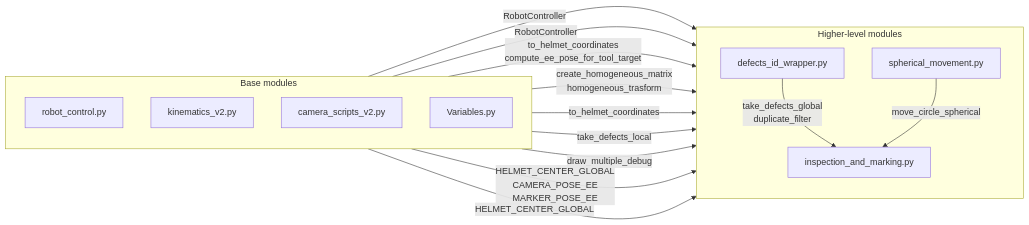
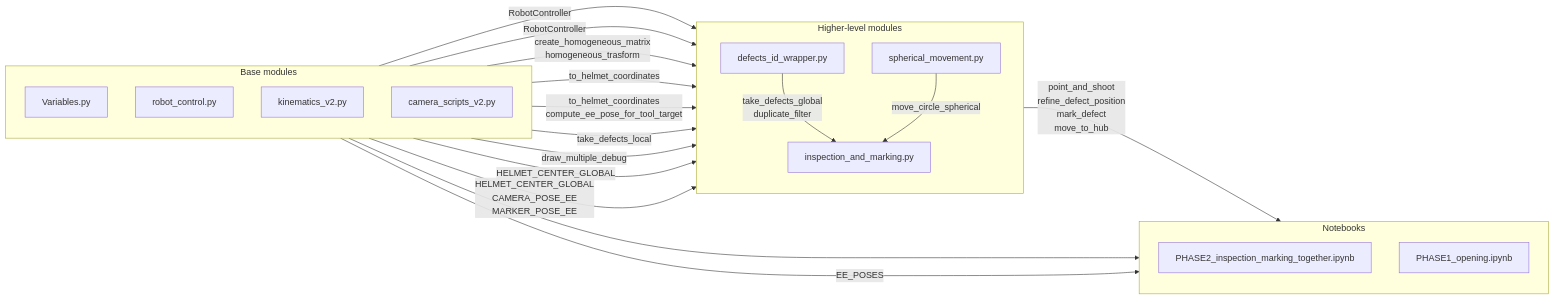
One commit to cosidelu/Project-Industrial changed the diagram in README.md. Above: the diagram before and after it, drawn with Mermaid. The commit also changed other lines of this file and 2 other files, not shown here.

````diff
--- a/README.md
+++ b/README.md
@@ -27,39 +27,54 @@
 ```mermaid
 graph LR
   %% Base modules (left)
   subgraph Base [Base modules]
     direction TB
+    vars[Variables.py]
     rc[robot_control.py]
     kin[kinematics_v2.py]
     cam[camera_scripts_v2.py]
-    vars[Variables.py]
   end
 
   %% Higher-level modules (right)
   subgraph High [Higher-level modules]
     direction TB
     sph[spherical_movement.py]
     defects[defects_id_wrapper.py]
     im[inspection_and_marking.py]
   end
 
+  %% Notebooks (rightmost)
+  subgraph NB [Notebooks]
+    direction TB
+    nb_together[PHASE2_inspection_marking_together.ipynb]
+    nb_open[PHASE1_opening.ipynb]
+  end
+
   %% Base -> Higher-level (labels show key functions/imports)
 
   rc -->|RobotController| sph
   rc -->|RobotController| im
 
-  kin -->|"to_helmet_coordinates\ncompute_ee_pose_for_tool_target"| sph
   kin -->|"create_homogeneous_matrix\nhomogeneous_trasform"| defects
   kin -->|to_helmet_coordinates| im
+  kin -->|"to_helmet_coordinates\ncompute_ee_pose_for_tool_target"| sph
 
   cam -->|take_defects_local| defects
   cam -->|draw_multiple_debug| im
 
+  vars -->|HELMET_CENTER_GLOBAL| sph
   vars -->|"HELMET_CENTER_GLOBAL\nCAMERA_POSE_EE\nMARKER_POSE_EE"| im
-  vars -->|HELMET_CENTER_GLOBAL| sph
-
+  
   defects -->|"take_defects_global\nduplicate_filter"| im
 
   %% Explicit spherical movement edge required by inspection
   sph -->|move_circle_spherical| im
+
+  %% Notebooks usage links
+  im -->|point_and_shoot
+refine_defect_position
+mark_defect
+move_to_hub| nb_together
+  rc --> nb_open
+  vars -->|EE_POSES| nb_open
 ```
````
